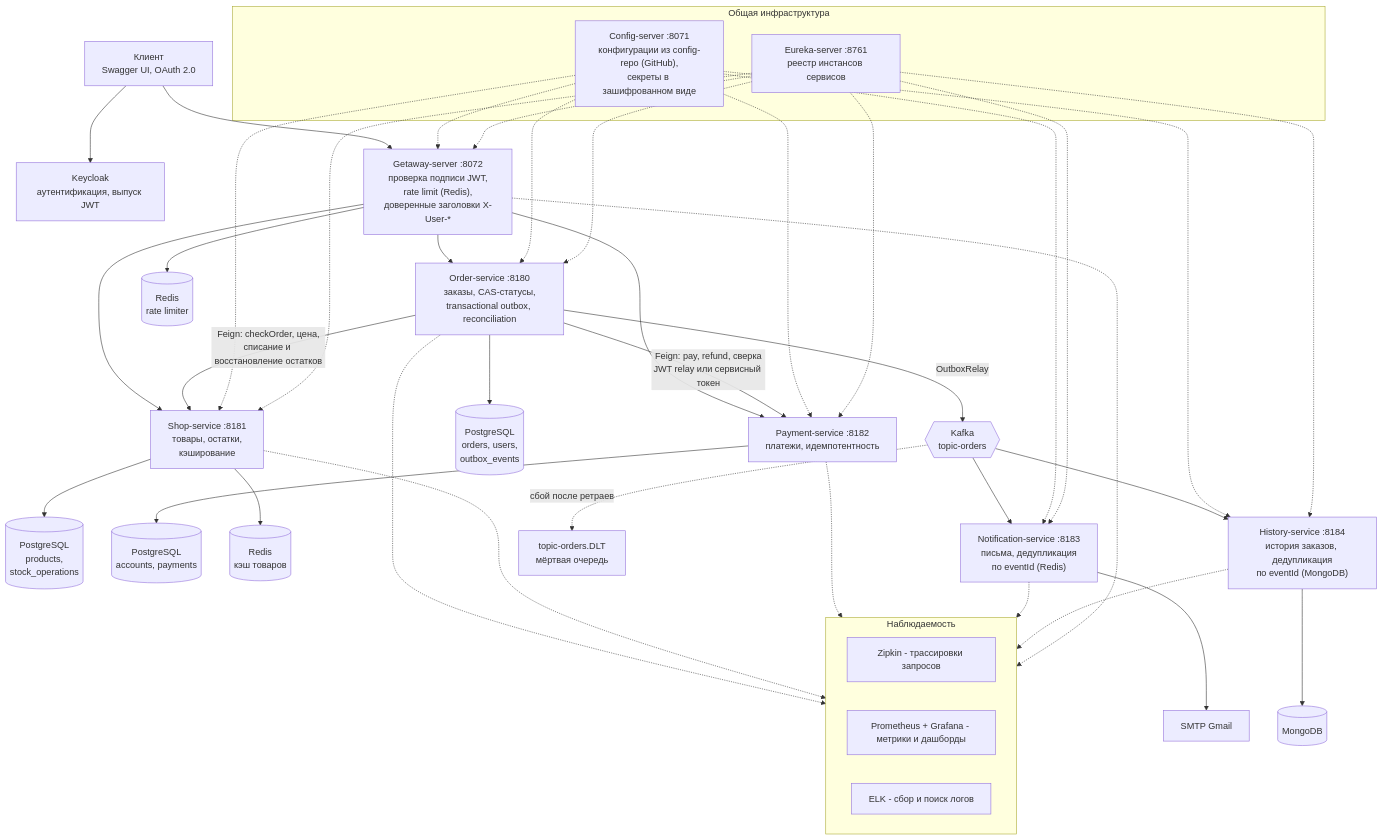
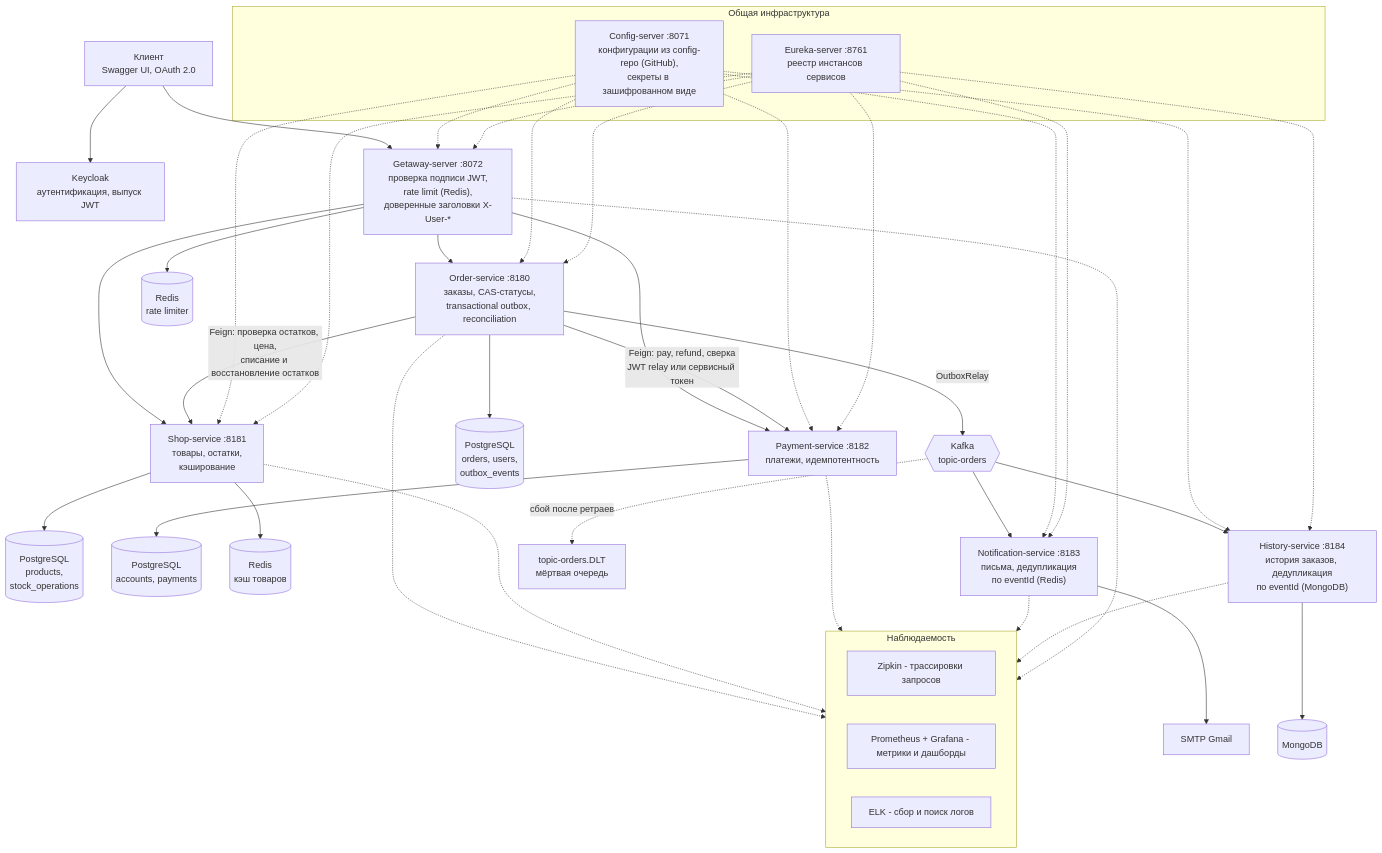
One commit to Sergistan/spring-microservices changed the first of 9 diagrams in README.md. Above: the diagram before and after it, drawn with Mermaid. The commit also changed other lines of this file and 14 other files, not shown here.

````diff
--- a/README.md
+++ b/README.md
@@ -11,39 +11,39 @@
 ```mermaid
 flowchart TB
     Client["Клиент<br/>Swagger UI, OAuth 2.0"] --> KC["Keycloak<br/>аутентификация, выпуск JWT"]
     Client --> GW["Getaway-server :8072<br/>проверка подписи JWT,<br/>rate limit (Redis),<br/>доверенные заголовки X-User-*"]
 
     GW --> ORD["Order-service :8180<br/>заказы, CAS-статусы,<br/>transactional outbox, reconciliation"]
     GW --> SHOP["Shop-service :8181<br/>товары, остатки,<br/>кэширование"]
     GW --> PAY["Payment-service :8182<br/>платежи, идемпотентность"]
 
-    ORD -->|"Feign: checkOrder, цена,<br/>списание и восстановление остатков"| SHOP
+    ORD -->|"Feign: проверка остатков, цена,<br/>списание и восстановление остатков"| SHOP
     ORD -->|"Feign: pay, refund, сверка<br/>JWT relay или сервисный токен"| PAY
 
     ORD --> PG1[("PostgreSQL<br/>orders, users,<br/>outbox_events")]
     SHOP --> PG2[("PostgreSQL<br/>products,<br/>stock_operations")]
     PAY --> PG3[("PostgreSQL<br/>accounts, payments")]
     SHOP --> R1[("Redis<br/>кэш товаров")]
     GW --> R2[("Redis<br/>rate limiter")]
 
     ORD -->|"OutboxRelay"| KFK{{"Kafka<br/>topic-orders"}}
     KFK --> NOTIF["Notification-service :8183<br/>письма, дедупликация<br/>по eventId (Redis)"]
     KFK --> HIST["History-service :8184<br/>история заказов, дедупликация<br/>по eventId (MongoDB)"]
     KFK -.->|"сбой после ретраев"| DLT["topic-orders.DLT<br/>мёртвая очередь"]
     NOTIF --> MAIL["SMTP Gmail"]
     HIST --> MONGO[("MongoDB")]
 
     subgraph INFRA["Общая инфраструктура"]
         CFG["Config-server :8071<br/>конфигурации из config-repo (GitHub),<br/>секреты в зашифрованном виде"]
         EUR["Eureka-server :8761<br/>реестр инстансов сервисов"]
     end
     CFG -.-> ORD & SHOP & PAY & NOTIF & HIST & GW
     EUR -.-> ORD & SHOP & PAY & NOTIF & HIST & GW
 
     subgraph OBS["Наблюдаемость"]
         ZIPKIN["Zipkin - трассировки запросов"]
         PROME["Prometheus + Grafana - метрики и дашборды"]
         ELK["ELK - сбор и поиск логов"]
     end
     ORD & SHOP & PAY & NOTIF & HIST & GW -.-> OBS
 ```
````
